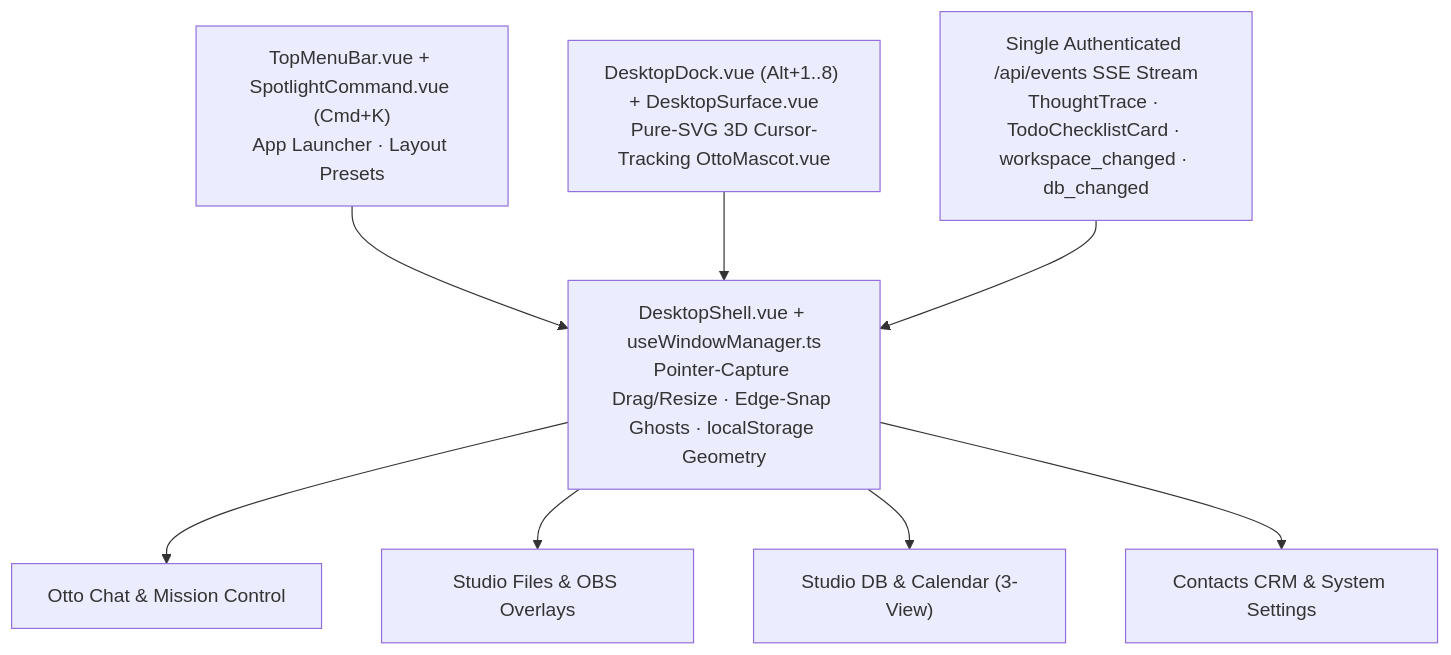
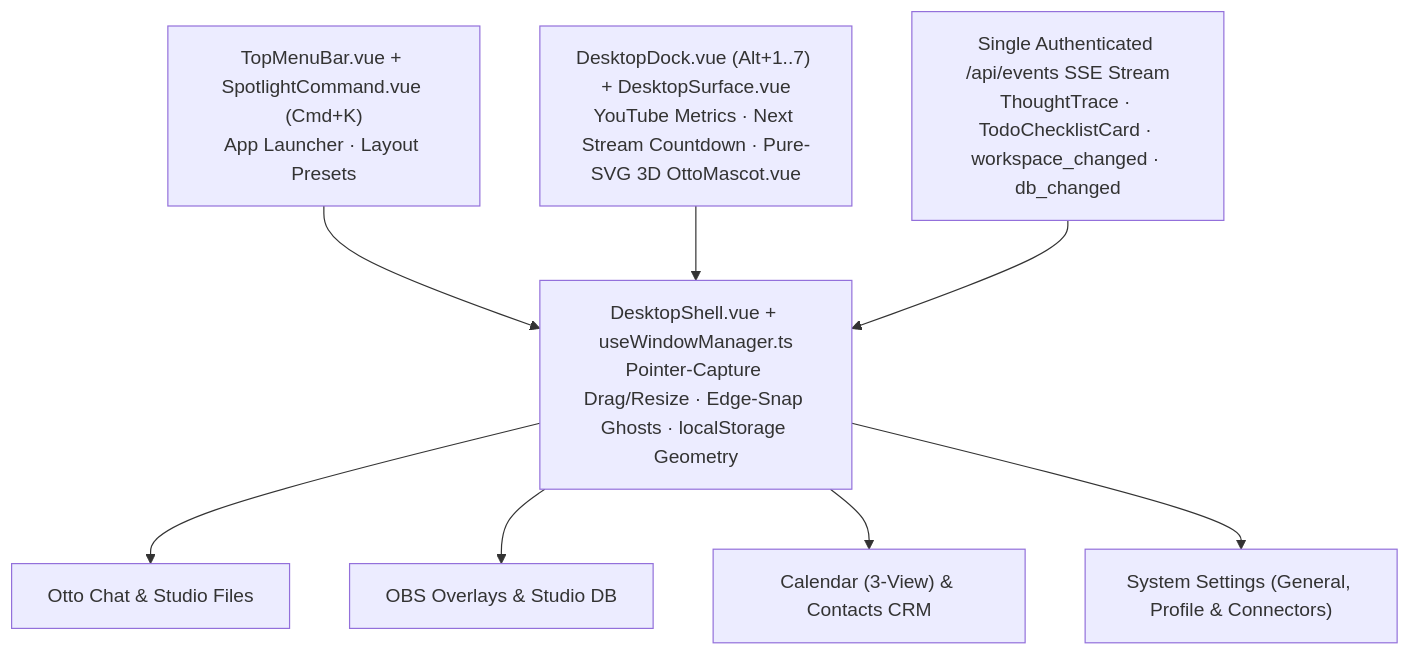
One commit to roffidaijoubu/otto changed the second of 5 diagrams in docs/architecture.md. Above: the diagram before and after it, drawn with Mermaid. The commit also changed other lines of this file and 15 other files, not shown here.

Commit message:
refactor: replace Mission Control with Desktop widgets, floating Otto mascot, and fix IANA timezone cron parsing

````diff
--- a/docs/architecture.md
+++ b/docs/architecture.md
@@ -38,16 +38,16 @@
 ```mermaid
 flowchart TB
     Shell["DesktopShell.vue + useWindowManager.ts<br/>Pointer-Capture Drag/Resize · Edge-Snap Ghosts · localStorage Geometry"]
     Top["TopMenuBar.vue + SpotlightCommand.vue (Cmd+K)<br/>App Launcher · Layout Presets"]
-    Dock["DesktopDock.vue (Alt+1..8) + DesktopSurface.vue<br/>Pure-SVG 3D Cursor-Tracking OttoMascot.vue"]
+    Dock["DesktopDock.vue (Alt+1..7) + DesktopSurface.vue<br/>YouTube Metrics · Next Stream Countdown · Pure-SVG 3D OttoMascot.vue"]
     SSE["Single Authenticated /api/events SSE Stream<br/>ThoughtTrace · TodoChecklistCard · workspace_changed · db_changed"]
 
     Top --> Shell
     Dock --> Shell
     SSE --> Shell
 
-    Shell --> A1["Otto Chat &amp; Mission Control"]
-    Shell --> A2["Studio Files &amp; OBS Overlays"]
-    Shell --> A3["Studio DB &amp; Calendar (3-View)"]
-    Shell --> A4["Contacts CRM &amp; System Settings"]
+    Shell --> A1["Otto Chat &amp; Studio Files"]
+    Shell --> A2["OBS Overlays &amp; Studio DB"]
+    Shell --> A3["Calendar (3-View) &amp; Contacts CRM"]
+    Shell --> A4["System Settings (General, Profile &amp; Connectors)"]
 ```
````
